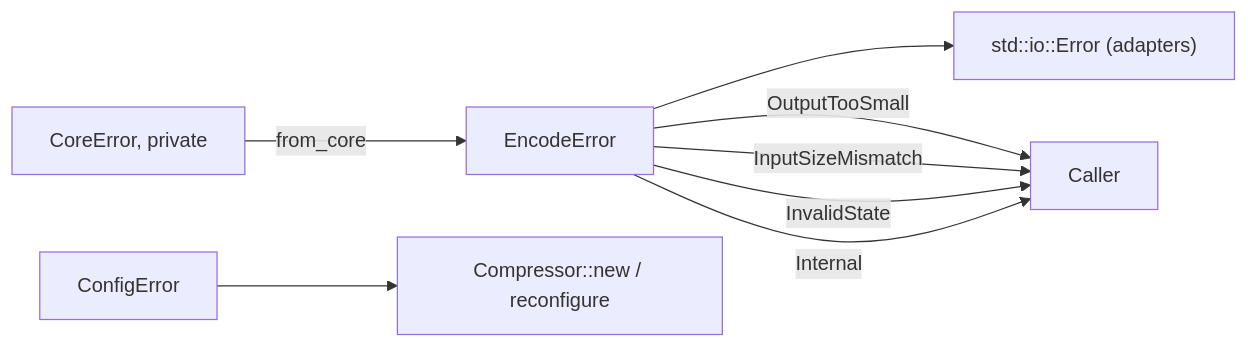
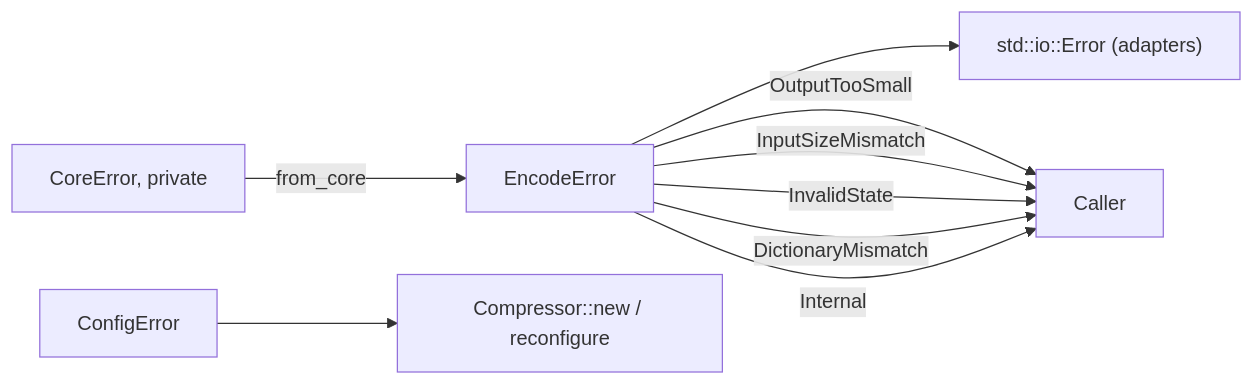
The sixth of 6 diagrams in architecture/compressor.md (M-Compressors/mzstd), drawn with Mermaid before and after one commit. The commit also changed other lines of this file and 106 other files, not shown here.

````diff
--- a/architecture/compressor.md
+++ b/architecture/compressor.md
@@ -202,10 +203,11 @@
 ```mermaid
 flowchart LR
     Core[CoreError, private] -->|from_core| Encode[EncodeError]
     Config[ConfigError] --> Build[Compressor::new / reconfigure]
     Encode --> Io["std::io::Error (adapters)"]
     Encode -->|OutputTooSmall| Caller
     Encode -->|InputSizeMismatch| Caller
     Encode -->|InvalidState| Caller
+    Encode -->|DictionaryMismatch| Caller
     Encode -->|Internal| Caller
 ```
````
